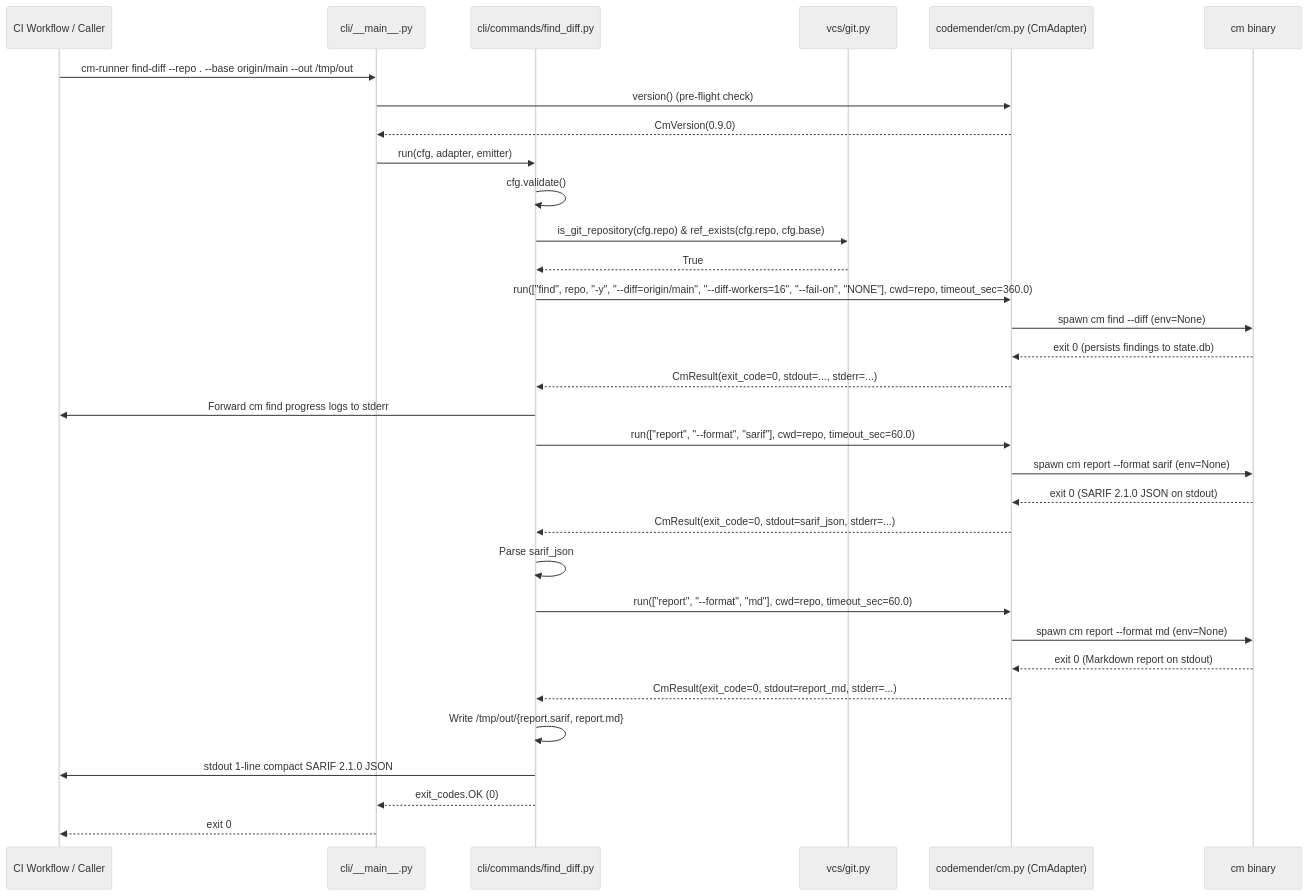
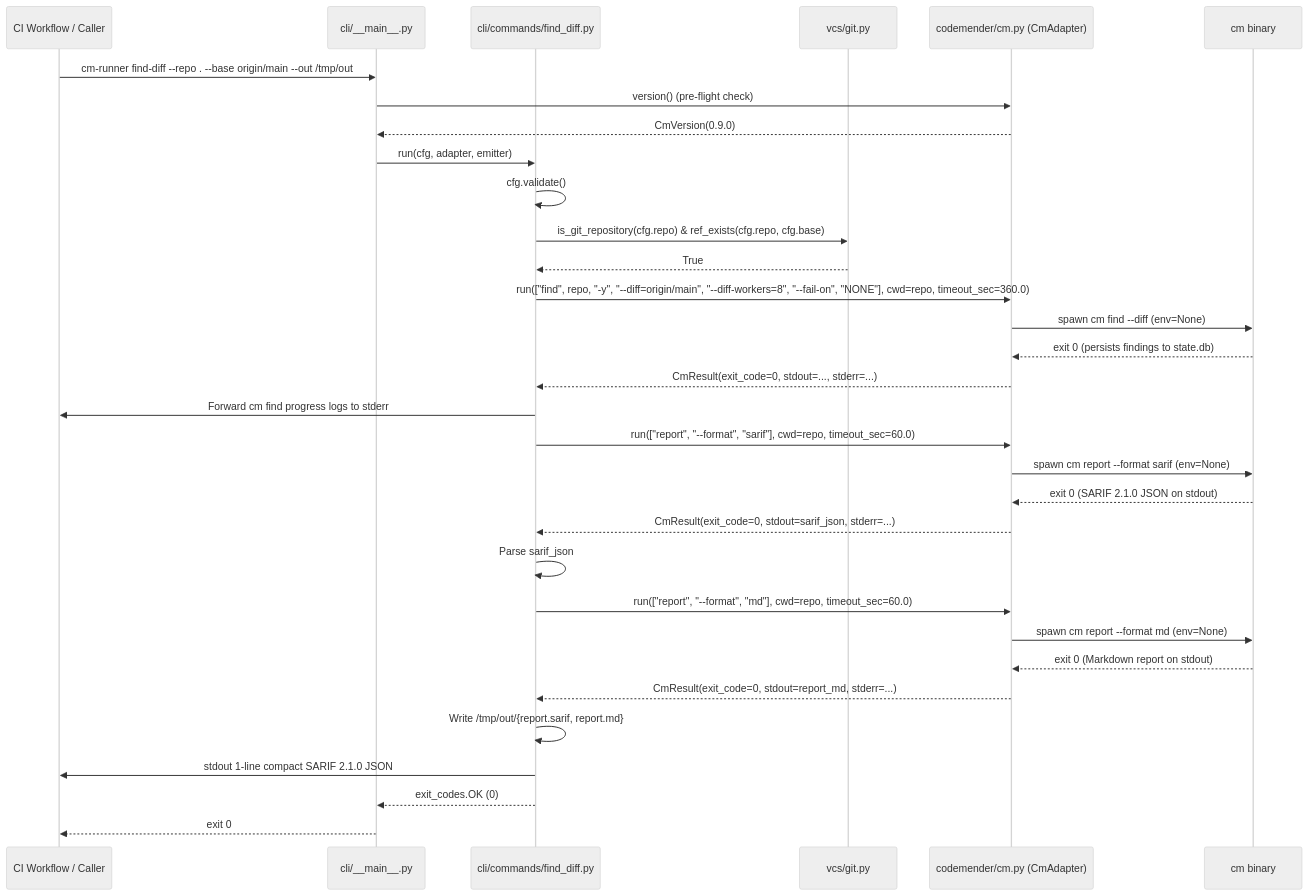
The second of 2 diagrams in docs/openspec/specs/find-diff/design.md (avnit/codemender-runner-mcp), drawn with Mermaid (neutral theme) before and after one commit. The commit also changed other lines of this file and 10 other files, not shown here.

Commit message:
feat(find-diff): make --diff-workers configurable (default 8, range 1..16) (#44)

````diff
--- a/docs/openspec/specs/find-diff/design.md
+++ b/docs/openspec/specs/find-diff/design.md
@@ -202,35 +223,35 @@
 ```mermaid
 sequenceDiagram
     participant Caller as CI Workflow / Caller
     participant Main as cli/__main__.py
     participant Cmd as cli/commands/find_diff.py
     participant Git as vcs/git.py
     participant Adapter as codemender/cm.py (CmAdapter)
     participant CM as cm binary
 
     Caller->>Main: cm-runner find-diff --repo . --base origin/main --out /tmp/out
     Main->>Adapter: version() (pre-flight check)
     Adapter-->>Main: CmVersion(0.9.0)
     Main->>Cmd: run(cfg, adapter, emitter)
     Cmd->>Cmd: cfg.validate()
     Cmd->>Git: is_git_repository(cfg.repo) & ref_exists(cfg.repo, cfg.base)
     Git-->>Cmd: True
-    Cmd->>Adapter: run(["find", repo, "-y", "--diff=origin/main", "--diff-workers=16", "--fail-on", "NONE"], cwd=repo, timeout_sec=360.0)
+    Cmd->>Adapter: run(["find", repo, "-y", "--diff=origin/main", "--diff-workers=8", "--fail-on", "NONE"], cwd=repo, timeout_sec=360.0)
     Adapter->>CM: spawn cm find --diff (env=None)
     CM-->>Adapter: exit 0 (persists findings to state.db)
     Adapter-->>Cmd: CmResult(exit_code=0, stdout=..., stderr=...)
     Cmd->>Caller: Forward cm find progress logs to stderr
     Cmd->>Adapter: run(["report", "--format", "sarif"], cwd=repo, timeout_sec=60.0)
     Adapter->>CM: spawn cm report --format sarif (env=None)
     CM-->>Adapter: exit 0 (SARIF 2.1.0 JSON on stdout)
     Adapter-->>Cmd: CmResult(exit_code=0, stdout=sarif_json, stderr=...)
     Cmd->>Cmd: Parse sarif_json
     Cmd->>Adapter: run(["report", "--format", "md"], cwd=repo, timeout_sec=60.0)
     Adapter->>CM: spawn cm report --format md (env=None)
     CM-->>Adapter: exit 0 (Markdown report on stdout)
     Adapter-->>Cmd: CmResult(exit_code=0, stdout=report_md, stderr=...)
     Cmd->>Cmd: Write /tmp/out/{report.sarif, report.md}
     Cmd->>Caller: stdout 1-line compact SARIF 2.1.0 JSON
     Cmd-->>Main: exit_codes.OK (0)
     Main-->>Caller: exit 0
 ```
````
